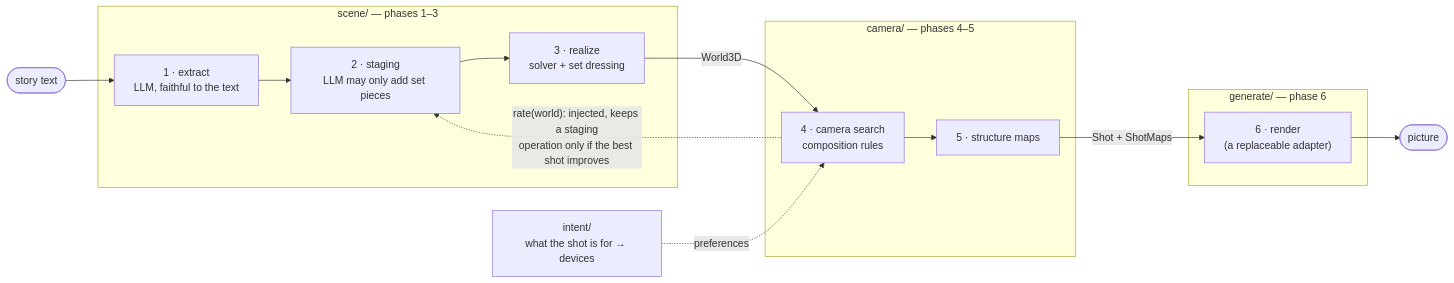
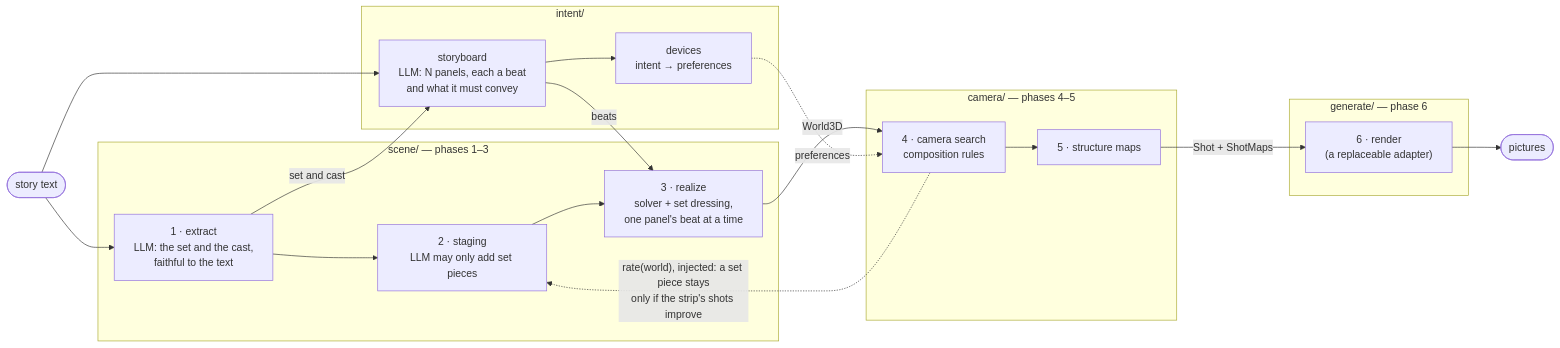
One commit to TaihouKai/FrameSeeker changed the first of 2 diagrams in README.md. Above: the diagram before and after it, drawn with Mermaid. The commit also changed other lines of this file and 24 other files, not shown here.

First line of the commit message:
README reorganised around the strip; saved storyboards replay with no LLM

````diff
--- a/README.md
+++ b/README.md
@@ -86,20 +158,25 @@
 ```mermaid
 flowchart LR
   T([story text]) --> P1
   subgraph scene["scene/ — phases 1–3"]
-    P1["1 · extract<br/>LLM, faithful to the text"] --> P2["2 · staging<br/>LLM may only add set pieces"]
-    P2 --> P3["3 · realize<br/>solver + set dressing"]
+    P1["1 · extract<br/>LLM: the set and the cast,<br/>faithful to the text"] --> P2["2 · staging<br/>LLM may only add set pieces"]
+    P2 --> P3["3 · realize<br/>solver + set dressing,<br/>one panel's beat at a time"]
+  end
+  subgraph intent["intent/"]
+    SB["storyboard<br/>LLM: N panels, each a beat<br/>and what it must convey"] --> DEV["devices<br/>intent → preferences"]
   end
   subgraph camera["camera/ — phases 4–5"]
     P4["4 · camera search<br/>composition rules"] --> P5["5 · structure maps"]
   end
   subgraph generate["generate/ — phase 6"]
     P6["6 · render<br/>(a replaceable adapter)"]
   end
-  INT["intent/<br/>what the shot is for → devices"]
+  T --> SB
+  P1 -- "set and cast" --> SB
+  SB -- "beats" --> P3
   P3 -- "World3D" --> P4
-  INT -. "preferences" .-> P4
+  DEV -. "preferences" .-> P4
   P5 -- "Shot + ShotMaps" --> P6
-  P6 --> I([picture])
-  P4 -. "rate(world): injected, keeps a staging<br/>operation only if the best shot improves" .-> P2
+  P6 --> I([pictures])
+  P4 -. "rate(world), injected: a set piece stays<br/>only if the strip's shots improve" .-> P2
 ```
````
